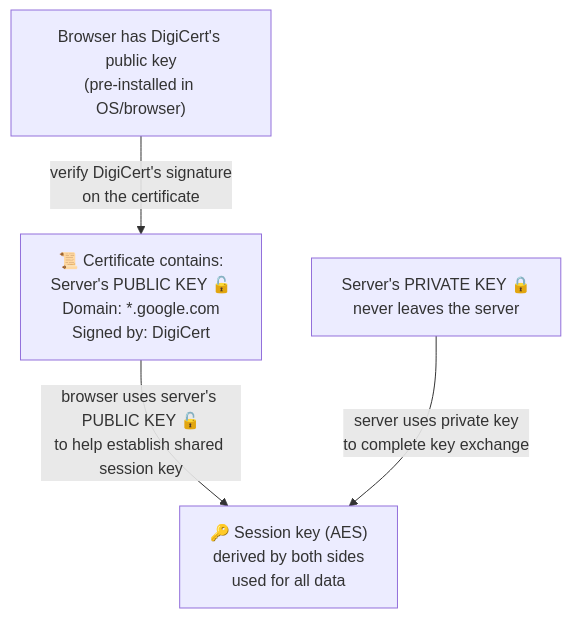
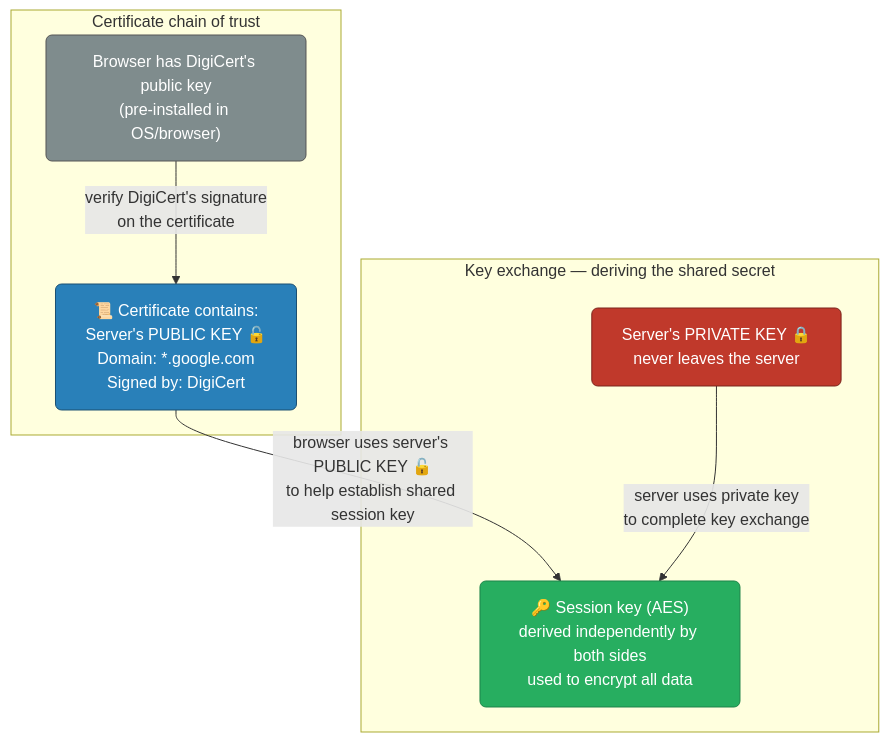
One commit to deepanshu-rawat6/DevOpsIndex changed the fourth of 9 diagrams in networking/http-versions.md. Above: the diagram before and after it, drawn with Mermaid. The commit also changed other lines of this file and 8 other files, not shown here.

````diff
--- a/networking/http-versions.md
+++ b/networking/http-versions.md
@@ -86,10 +122,20 @@
 ```mermaid
 graph TD
-    CERT["📜 Certificate contains:<br>Server's PUBLIC KEY 🔓<br>Domain: *.google.com<br>Signed by: DigiCert"]
+    classDef cert fill:#2980b9,stroke:#1b4f72,color:#fff,rx:6
+    classDef browser fill:#7f8c8d,stroke:#555,color:#fff,rx:6
+    classDef session fill:#27ae60,stroke:#1e8449,color:#fff,rx:6
+    classDef priv fill:#c0392b,stroke:#7b241c,color:#fff,rx:6
 
-    BROWSER["Browser has DigiCert's public key<br>(pre-installed in OS/browser)"] -->|"verify DigiCert's signature<br>on the certificate"| CERT
+    subgraph CHAIN["Certificate chain of trust"]
+        BROWSER["Browser has DigiCert's public key<br/>(pre-installed in OS/browser)"]:::browser
+        CERT["📜 Certificate contains:<br/>Server's PUBLIC KEY 🔓<br/>Domain: *.google.com<br/>Signed by: DigiCert"]:::cert
+        BROWSER -->|"verify DigiCert's signature<br/>on the certificate"| CERT
+    end
 
-    CERT -->|"browser uses server's PUBLIC KEY 🔓<br>to help establish shared session key"| SESSION["🔑 Session key (AES)<br>derived by both sides<br>used for all data"]
-
-    PRIV["Server's PRIVATE KEY 🔒<br>never leaves the server"] -->|"server uses private key<br>to complete key exchange"| SESSION
+    subgraph EXCHANGE["Key exchange — deriving the shared secret"]
+        PRIV["Server's PRIVATE KEY 🔒<br/>never leaves the server"]:::priv
+        SESSION["🔑 Session key (AES)<br/>derived independently by both sides<br/>used to encrypt all data"]:::session
+        CERT -->|"browser uses server's PUBLIC KEY 🔓<br/>to help establish shared session key"| SESSION
+        PRIV -->|"server uses private key<br/>to complete key exchange"| SESSION
+    end
 ```
````
